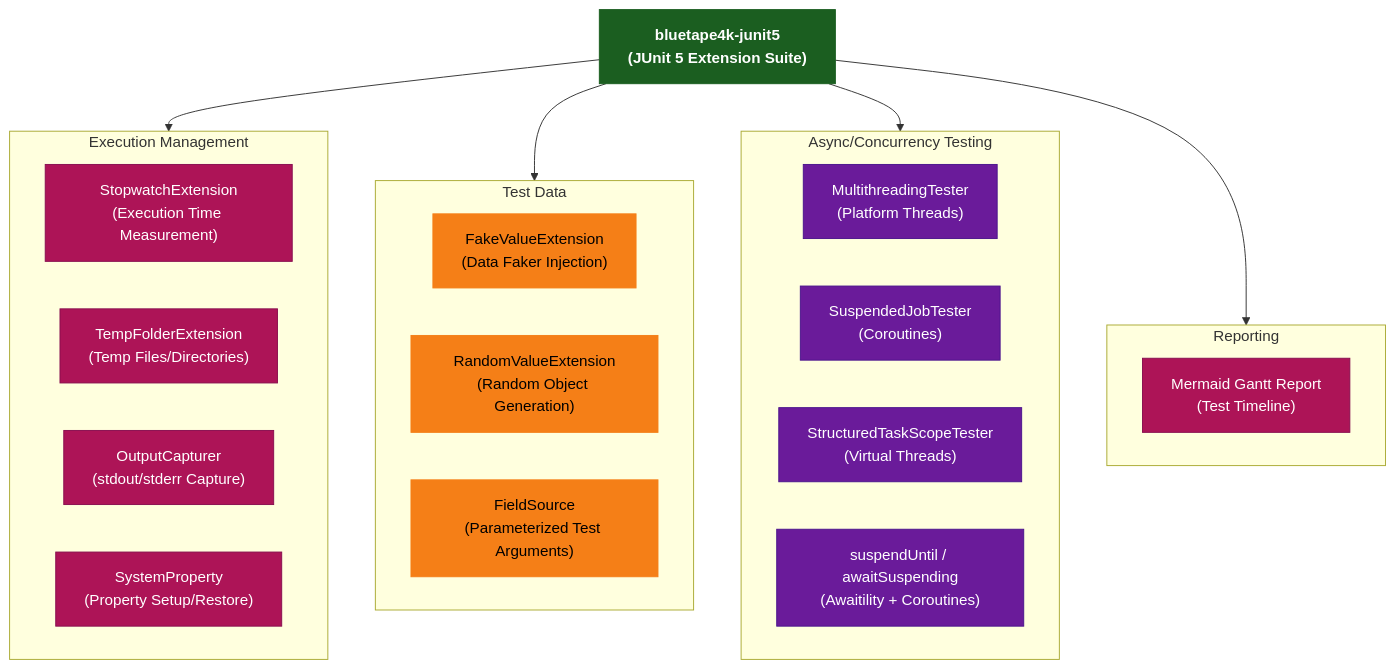
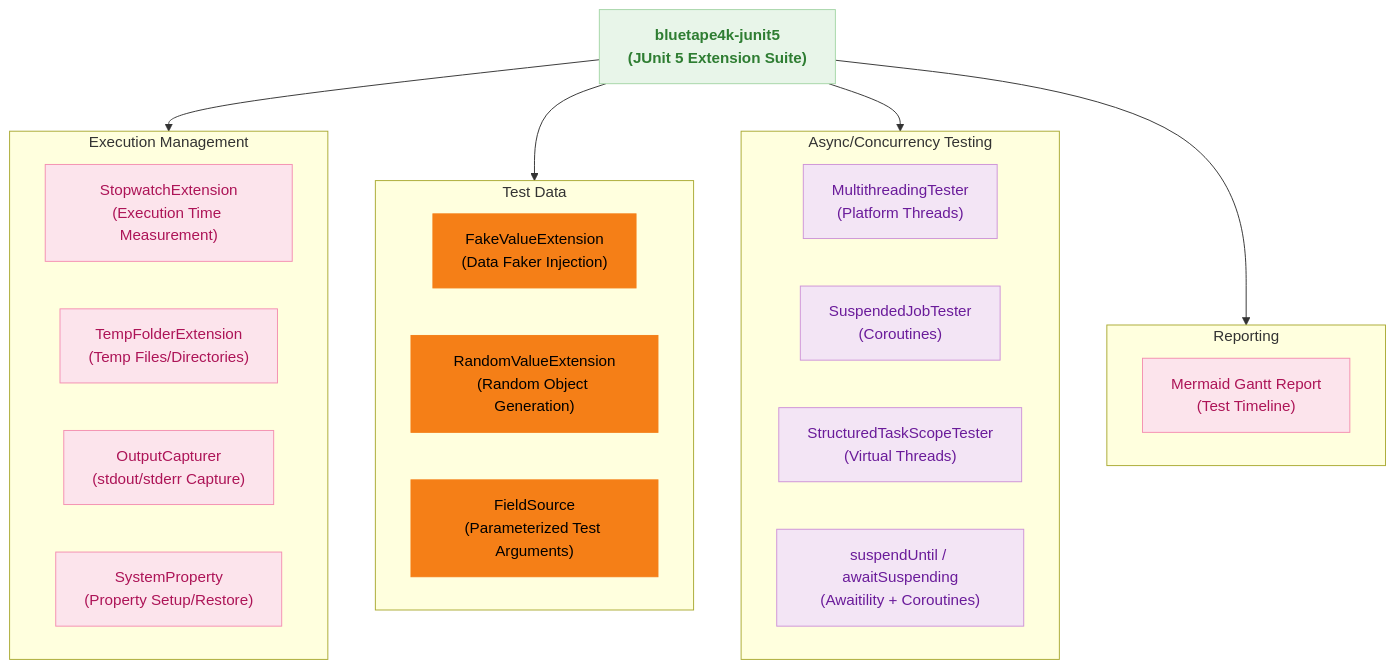
One commit to bluetape4k/bluetape4k-projects changed the first of 2 diagrams in testing/junit5/README.md. Above: the diagram before and after it, drawn with Mermaid. The commit also changed other lines of this file and 219 other files, not shown here.

First line of the commit message:
docs: 전체 README Mermaid 다이어그램 가이드 적용

````diff
--- a/testing/junit5/README.md
+++ b/testing/junit5/README.md
@@ -11,52 +11,52 @@
 ```mermaid
 flowchart TD
     JU5["bluetape4k-junit5\n(JUnit 5 Extension Suite)"]
 
     subgraph Execution["Execution Management"]
         SW["StopwatchExtension\n(Execution Time Measurement)"]
         TF["TempFolderExtension\n(Temp Files/Directories)"]
         OC["OutputCapturer\n(stdout/stderr Capture)"]
         SP["SystemProperty\n(Property Setup/Restore)"]
     end
 
     subgraph TestData["Test Data"]
         FV["FakeValueExtension\n(Data Faker Injection)"]
         RV["RandomValueExtension\n(Random Object Generation)"]
         FS["FieldSource\n(Parameterized Test Arguments)"]
     end
 
     subgraph Async["Async/Concurrency Testing"]
         MT["MultithreadingTester\n(Platform Threads)"]
         SJT["SuspendedJobTester\n(Coroutines)"]
         STST["StructuredTaskScopeTester\n(Virtual Threads)"]
         AW["suspendUntil / awaitSuspending\n(Awaitility + Coroutines)"]
     end
 
     subgraph Report["Reporting"]
         MR["Mermaid Gantt Report\n(Test Timeline)"]
     end
 
     JU5 --> Execution
     JU5 --> TestData
     JU5 --> Async
     JU5 --> Report
 
-    classDef coreStyle fill:#1B5E20,stroke:#1B5E20,color:#FFFFFF,font-weight:bold
-    classDef testStyle fill:#AD1457,stroke:#880E4F,color:#FFFFFF
-    classDef asyncStyle fill:#6A1B9A,stroke:#4A148C,color:#FFFFFF
+    classDef coreStyle fill:#E8F5E9,stroke:#A5D6A7,color:#2E7D32,font-weight:bold
+    classDef testStyle fill:#FCE4EC,stroke:#F48FB1,color:#AD1457
+    classDef asyncStyle fill:#F3E5F5,stroke:#CE93D8,color:#6A1B9A
     classDef dataStyle fill:#F57F17,stroke:#F57F17,color:#000000
 
     class JU5 coreStyle
     class SW testStyle
     class TF testStyle
     class OC testStyle
     class SP testStyle
     class FV dataStyle
     class RV dataStyle
     class FS dataStyle
     class MT asyncStyle
     class SJT asyncStyle
     class STST asyncStyle
     class AW asyncStyle
     class MR testStyle
 ```
````
